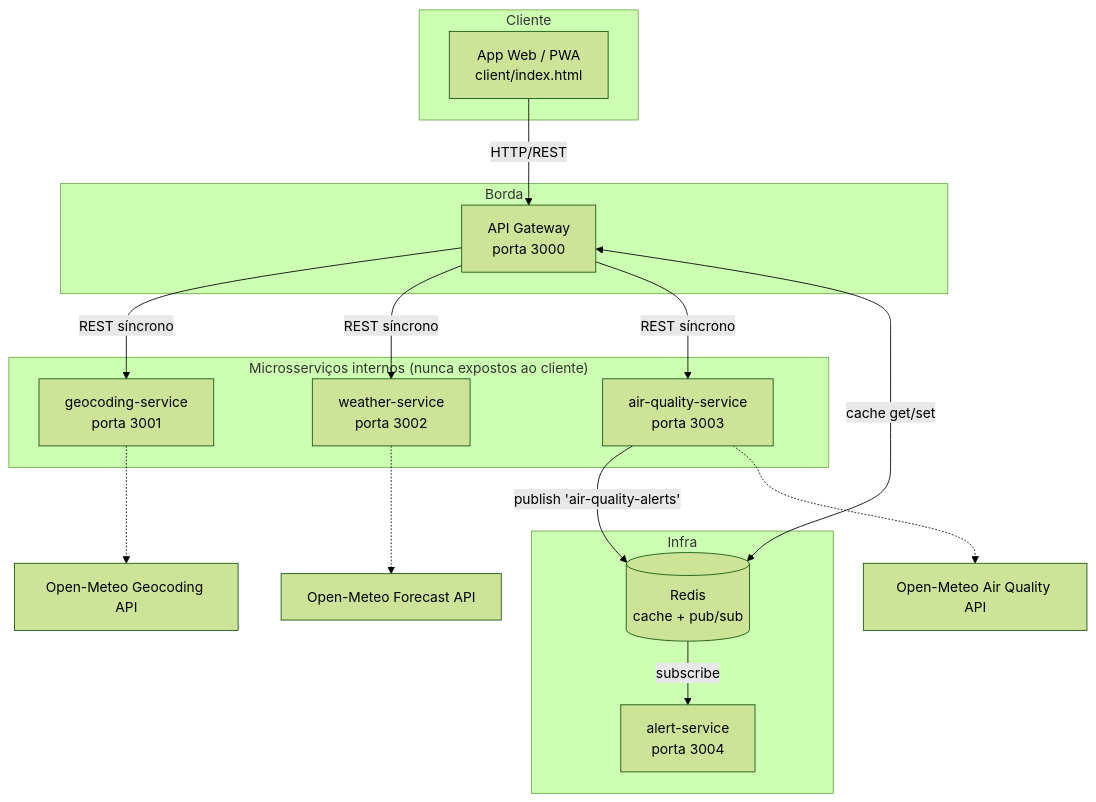
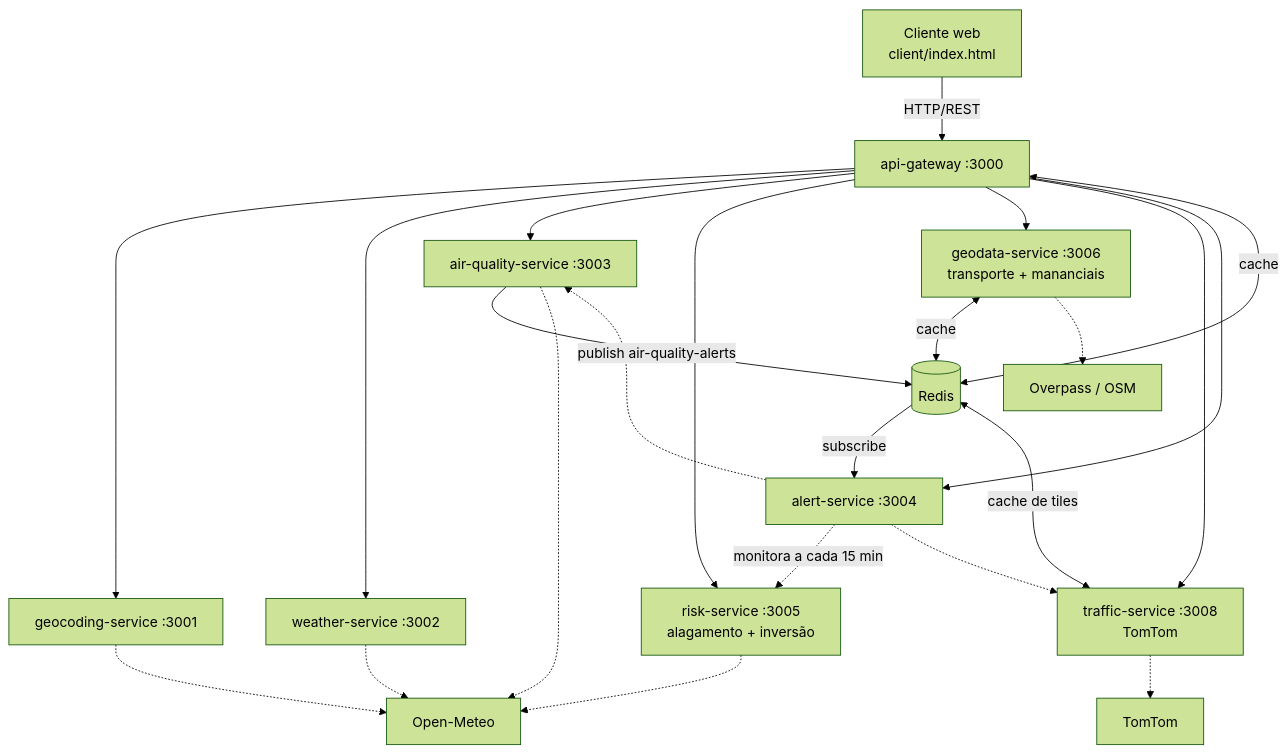
One commit to OttavioBasques/APS changed the diagram in respira-urbana-distributed/README.md. Above: the diagram before and after it, drawn with Mermaid (forest theme). The commit also changed other lines of this file and 126 other files, not shown here.

````diff
--- a/respira-urbana-distributed/README.md
+++ b/respira-urbana-distributed/README.md
@@ -10,33 +29,28 @@
 ```mermaid
 flowchart TB
-    subgraph Cliente
-        C[App Web / PWA<br/>client/index.html]
-    end
+    C[Cliente web<br/>client/index.html] -->|HTTP/REST| GW[api-gateway :3000]
 
-    subgraph Borda
-        GW[API Gateway<br/>porta 3000]
-    end
+    GW --> GEO[geocoding-service :3001]
+    GW --> WEA[weather-service :3002]
+    GW --> AIR[air-quality-service :3003]
+    GW --> RISK[risk-service :3005<br/>alagamento + inversão]
+    GW --> GD[geodata-service :3006<br/>transporte + mananciais]
+    GW --> TRF[traffic-service :3008<br/>TomTom]
+    GW --> ALERT[alert-service :3004]
+    GW <-->|cache| REDIS[(Redis)]
 
-    subgraph "Microsserviços internos (nunca expostos ao cliente)"
-        GEO[geocoding-service<br/>porta 3001]
-        WEA[weather-service<br/>porta 3002]
-        AIR[air-quality-service<br/>porta 3003]
-    end
+    AIR -- publish air-quality-alerts --> REDIS
+    REDIS -- subscribe --> ALERT
+    ALERT -. monitora a cada 15 min .-> RISK
+    ALERT -.-> AIR
+    ALERT -.-> TRF
+    TRF <-->|cache de tiles| REDIS
+    GD <-->|cache| REDIS
 
-    subgraph Infra
-        REDIS[(Redis<br/>cache + pub/sub)]
-        ALERT[alert-service<br/>porta 3004]
-    end
-
-    C -- HTTP/REST --> GW
-    GW -- REST síncrono --> GEO
-    GW -- REST síncrono --> WEA
-    GW -- REST síncrono --> AIR
-    GW <-- cache get/set --> REDIS
-    AIR -- publish 'air-quality-alerts' --> REDIS
-    REDIS -- subscribe --> ALERT
-
-    GEO -.-> OM1[Open-Meteo Geocoding API]
-    WEA -.-> OM2[Open-Meteo Forecast API]
-    AIR -.-> OM3[Open-Meteo Air Quality API]
+    WEA -.-> OM[Open-Meteo]
+    AIR -.-> OM
+    RISK -.-> OM
+    GEO -.-> OM
+    GD -.-> OSM[Overpass / OSM]
+    TRF -.-> TT[TomTom]
 ```
````
